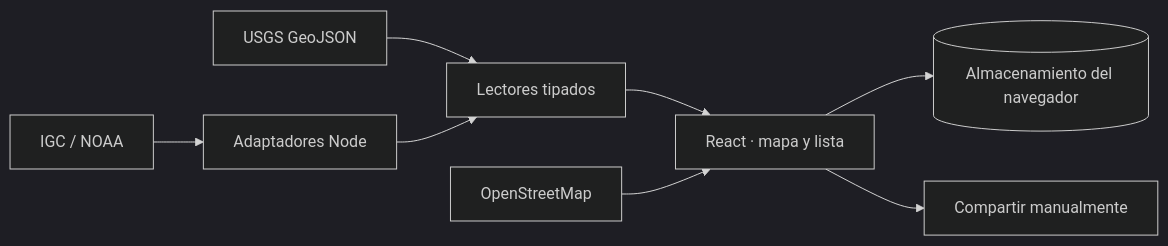
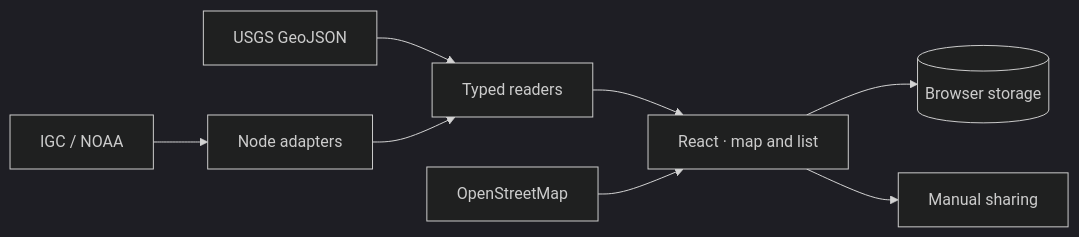
One commit to garagon/faro changed the diagram in README.md. Above: the diagram before and after it, drawn with Mermaid (dark theme). The commit also changed other lines of this file and 61 other files, not shown here.

First line of the commit message:
Improve traveler flows and add home-screen installation (#19)

````diff
--- a/README.md
+++ b/README.md
@@ -47,10 +51,10 @@
 ```mermaid
 flowchart LR
-  USGS[USGS GeoJSON] --> Reader[Lectores tipados]
-  IGC[IGC / NOAA] --> API[Adaptadores Node]
+  USGS[USGS GeoJSON] --> Reader[Typed readers]
+  IGC[IGC / NOAA] --> API[Node adapters]
   API --> Reader
-  Reader --> UI[React · mapa y lista]
-  UI --> Local[(Almacenamiento del navegador)]
+  Reader --> UI[React · map and list]
+  UI --> Local[(Browser storage)]
   OSM[OpenStreetMap] --> UI
-  UI --> Manual[Compartir manualmente]
+  UI --> Manual[Manual sharing]
 ```
````
